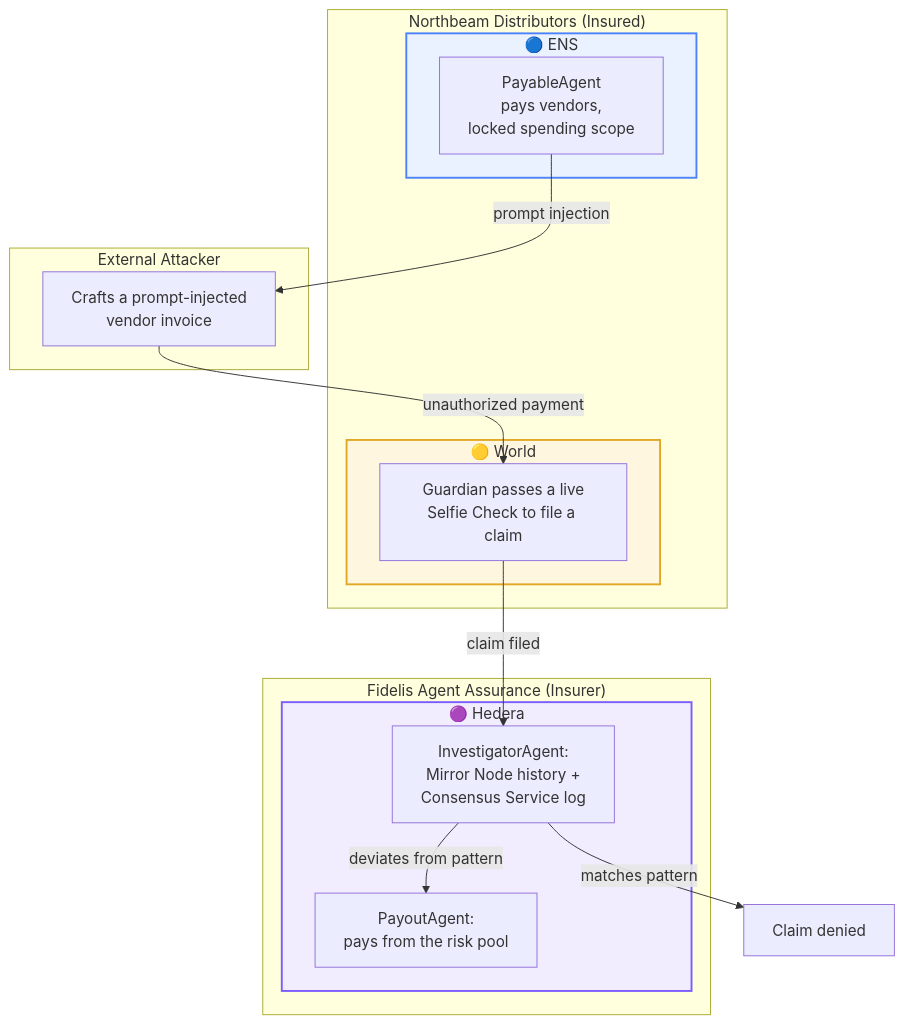
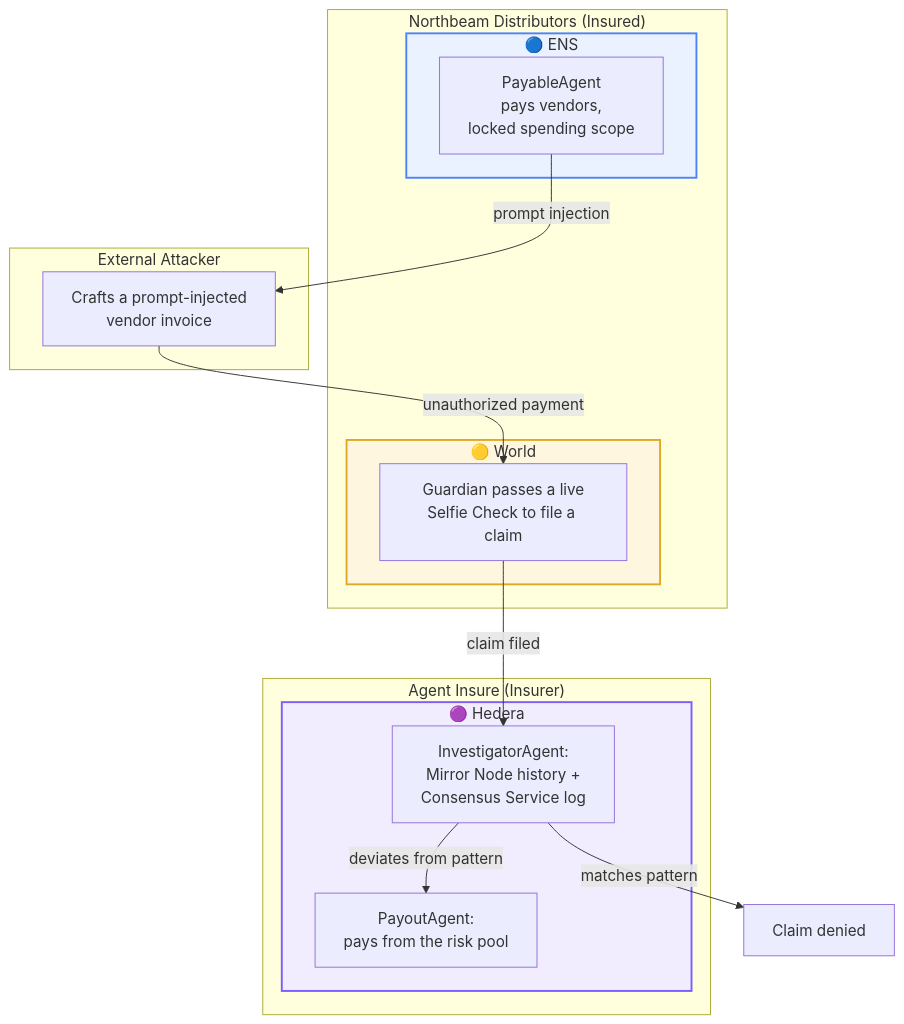
One commit to jianruan-io/agent-insure changed the third of 4 diagrams in README.md. Above: the diagram before and after it, drawn with Mermaid. The commit also changed other lines of this file and 7 other files, not shown here.

````diff
--- a/README.md
+++ b/README.md
@@ -191,32 +191,32 @@
 ```mermaid
 flowchart TD
     subgraph NORTHBEAM2["Northbeam Distributors (Insured)"]
         subgraph ENS_SG2["🔵 ENS"]
             PA2["PayableAgent<br/>pays vendors,<br/>locked spending scope"]
         end
         subgraph WORLD_SG2["🟡 World"]
             GUARD2["Guardian passes a live<br/>Selfie Check to file a claim"]
         end
     end
 
     subgraph ATTACKER2["External Attacker"]
         MAL2["Crafts a prompt-injected<br/>vendor invoice"]
     end
 
-    subgraph FIDELIS2["Fidelis Agent Assurance (Insurer)"]
+    subgraph AGENTINSURE2["Agent Insure (Insurer)"]
         subgraph HEDERA_SG2["🟣 Hedera"]
             INV2["InvestigatorAgent:<br/>Mirror Node history +<br/>Consensus Service log"]
             PAY2["PayoutAgent:<br/>pays from the risk pool"]
         end
     end
 
     PA2 -->|"prompt injection"| MAL2
     MAL2 -->|"unauthorized payment"| GUARD2
     GUARD2 -->|"claim filed"| INV2
     INV2 -->|"deviates from pattern"| PAY2
     INV2 -->|"matches pattern"| DENY2["Claim denied"]
 
     style ENS_SG2 fill:#eaf1ff,stroke:#4c82fb,stroke-width:2px
     style WORLD_SG2 fill:#fff6e0,stroke:#e0a825,stroke-width:2px
     style HEDERA_SG2 fill:#f1edff,stroke:#7c5cff,stroke-width:2px
 ```
````
